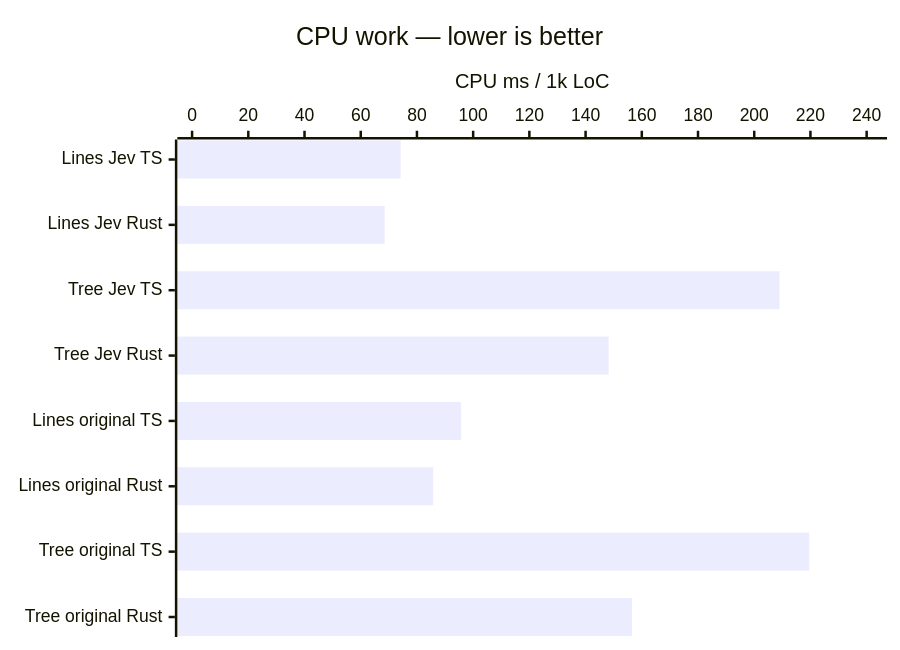
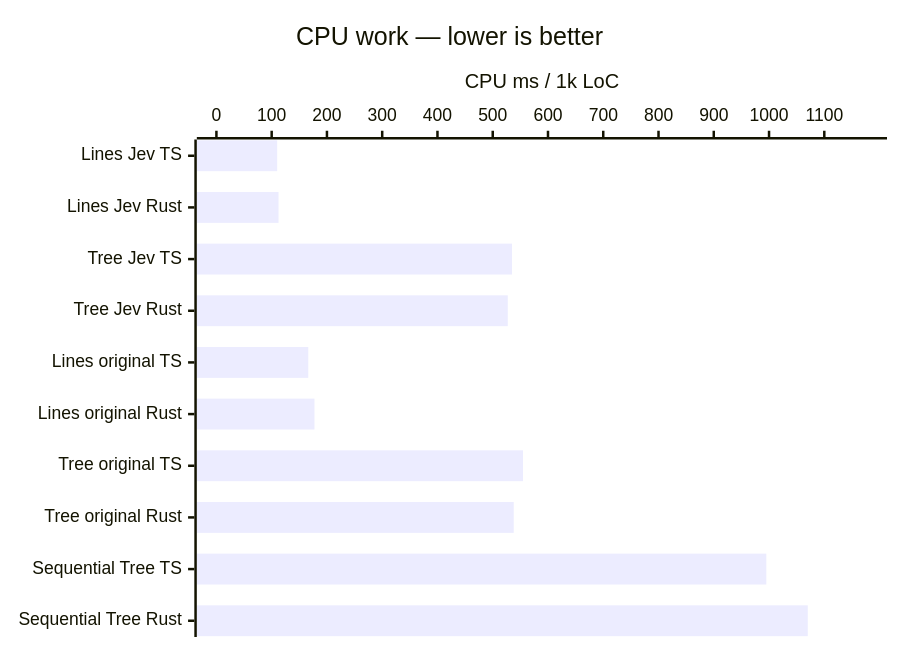
Diagram 11 of 17 in docs/benchmark.md (kossnocorp/spacer), drawn with Mermaid before and after one commit. The commit also changed other lines of this file and 33 other files, not shown here.

````diff
--- a/docs/benchmark.md
+++ b/docs/benchmark.md
@@ -117,7 +157,7 @@
 ```mermaid
 xychart-beta horizontal
   title "CPU work — lower is better"
-  x-axis ["Lines Jev TS", "Lines Jev Rust", "Tree Jev TS", "Tree Jev Rust", "Lines original TS", "Lines original Rust", "Tree original TS", "Tree original Rust"]
-  y-axis "CPU ms / 1k LoC" 0 --> 242
-  bar [74.2, 68.5, 209, 148.2, 95.7, 85.8, 219.6, 156.5]
+  x-axis ["Lines Jev TS", "Lines Jev Rust", "Tree Jev TS", "Tree Jev Rust", "Lines original TS", "Lines original Rust", "Tree original TS", "Tree original Rust", "Sequential Tree TS", "Sequential Tree Rust"]
+  y-axis "CPU ms / 1k LoC" 0 --> 1178
+  bar [109.9, 112.4, 534.9, 527.2, 166.2, 177.4, 554.7, 538, 995.1, 1070.1]
 ```
````
